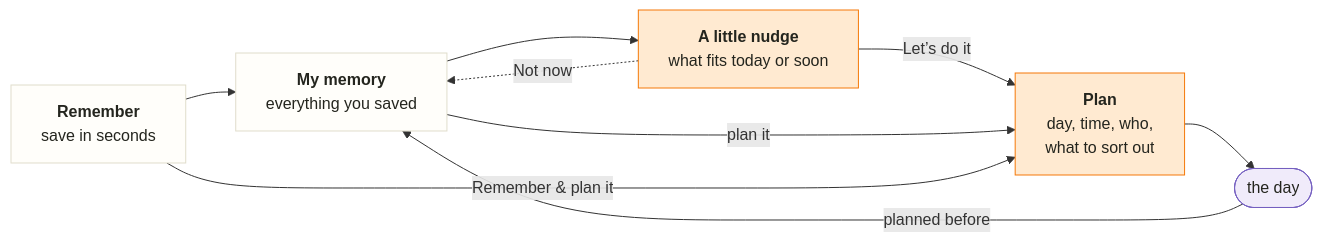
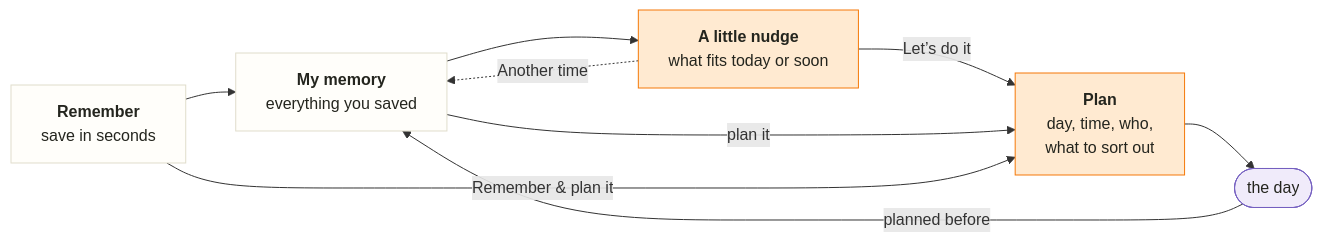
One commit to BaZom/IdeaMemory changed the diagram in README.md. Above: the diagram before and after it, drawn with Mermaid. The commit also changed other lines of this file and 5 other files, not shown here.

First line of the commit message:
Calm the first page: space tabs, a card deck, Another time

````diff
--- a/README.md
+++ b/README.md
@@ -9,24 +9,24 @@
 ```mermaid
 flowchart LR
     R["<b>Remember</b><br/>save in seconds"]
     M["<b>My memory</b><br/>everything you saved"]
     N["<b>A little nudge</b><br/>what fits today or soon"]
     P["<b>Plan</b><br/>day, time, who,<br/>what to sort out"]
     D(["the day"])
 
     R --> M
     M --> N
     N -- "Let’s do it" --> P
-    N -. "Not now" .-> M
+    N -. "Another time" .-> M
     M -- "plan it" --> P
     R -- "Remember & plan it" --> P
     P --> D
     D -- "planned before" --> M
 
     classDef step fill:#FFFEFA,stroke:#E0DDCC,color:#24251E
     classDef key fill:#FFEAD1,stroke:#F57908,color:#24251E
     classDef day fill:#F0EBFA,stroke:#7560C0,color:#24251E
     class R,M step
     class N,P key
     class D day
 ```
````
